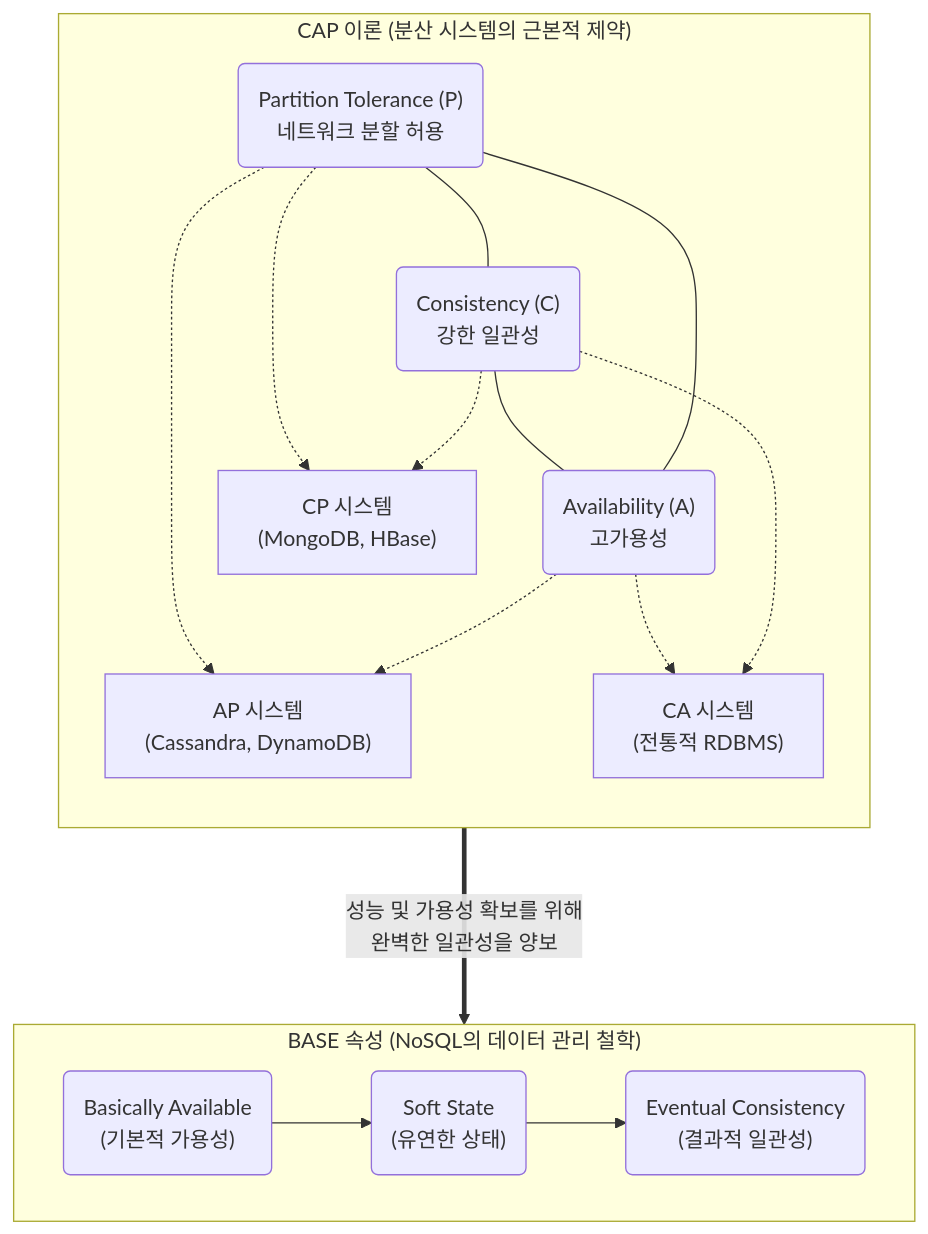
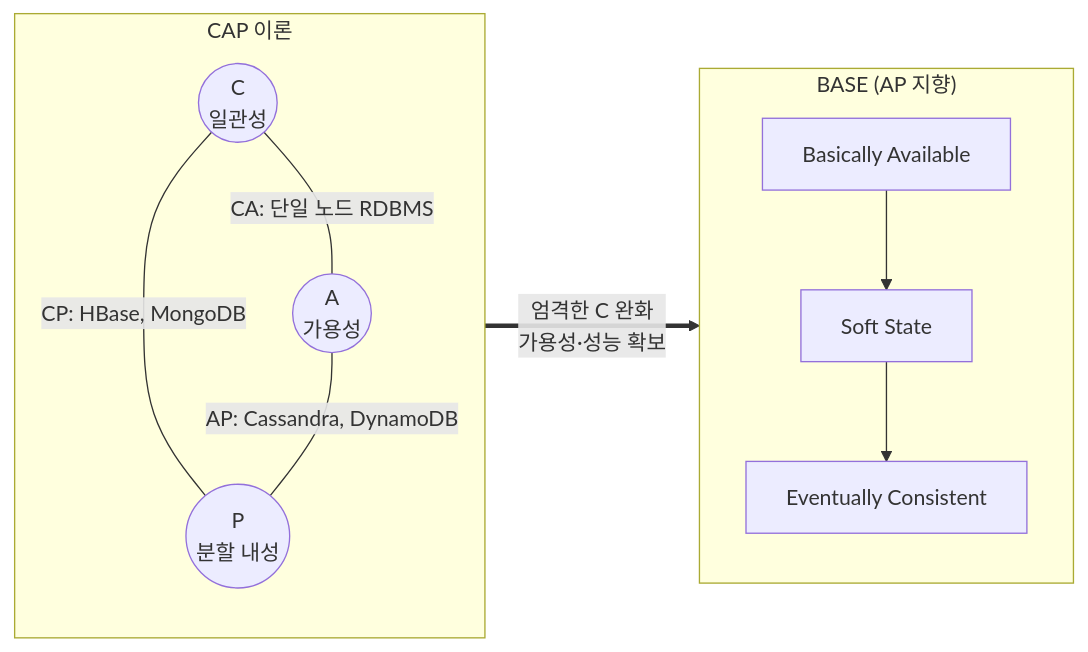
Before and after one commit to supremethumb/supremethumb.github.io: the diagram in content/01_IT Tech/NoSQL (CAP 이론 BASE 속성).md, drawn with Mermaid. The commit also changed other lines of this file and 1087 other files, not shown here.

````diff
--- a/content/01_IT Tech/NoSQL (CAP 이론 BASE 속성).md
+++ b/content/01_IT Tech/NoSQL (CAP 이론 BASE 속성).md
@@ -26,36 +39,17 @@
 ```mermaid
-flowchart TB
-    subgraph CAP ["CAP 이론 (분산 시스템의 근본적 제약)"]
+flowchart LR
+    subgraph CAP["CAP 이론"]
         direction TB
-        C("Consistency (C)<br/>강한 일관성")
-        A("Availability (A)<br/>고가용성")
-        P("Partition Tolerance (P)<br/>네트워크 분할 허용")
-        
-        P --- C
-        P --- A
-        C --- A
-        
-        CP_Node["CP 시스템<br/>(MongoDB, HBase)"]
-        AP_Node["AP 시스템<br/>(Cassandra, DynamoDB)"]
-        CA_Node["CA 시스템<br/>(전통적 RDBMS)"]
-        
-        C -.-> CP_Node
-        P -.-> CP_Node
-        A -.-> AP_Node
-        P -.-> AP_Node
-        C -.-> CA_Node
-        A -.-> CA_Node
+        C(("C<br/>일관성"))
+        A(("A<br/>가용성"))
+        P(("P<br/>분할 내성"))
+        C ---|"CA: 단일 노드 RDBMS"| A
+        C ---|"CP: HBase, MongoDB"| P
+        A ---|"AP: Cassandra, DynamoDB"| P
     end
-    
-    subgraph BASE ["BASE 속성 (NoSQL의 데이터 관리 철학)"]
-        direction LR
-        BA("Basically Available<br/>(기본적 가용성)")
-        SS("Soft State<br/>(유연한 상태)")
-        EC("Eventual Consistency<br/>(결과적 일관성)")
-        
-        BA --> SS --> EC
+    subgraph BASE["BASE (AP 지향)"]
+        direction TB
+        BA["Basically Available"] --> S["Soft State"] --> E["Eventually Consistent"]
     end
-    
-    AP_Node == "성능 및 가용성 확보를 위해<br/>완벽한 일관성을 양보" ===> BASE
-
+    CAP == "엄격한 C 완화<br/>가용성·성능 확보" ==> BASE
 ```
````
